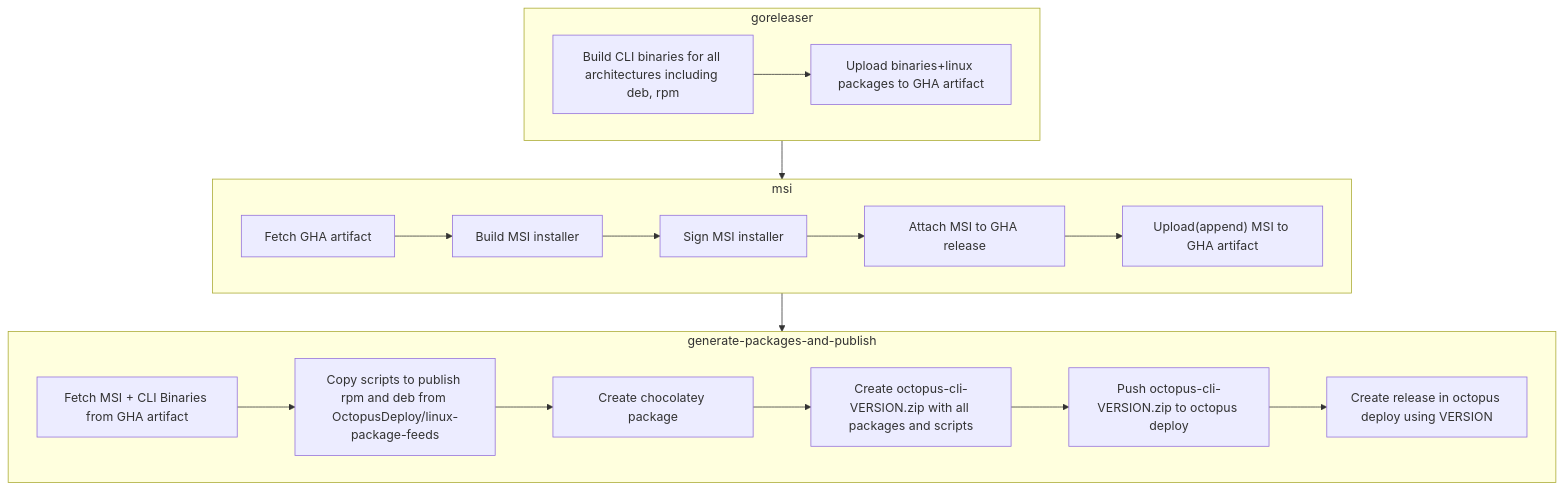
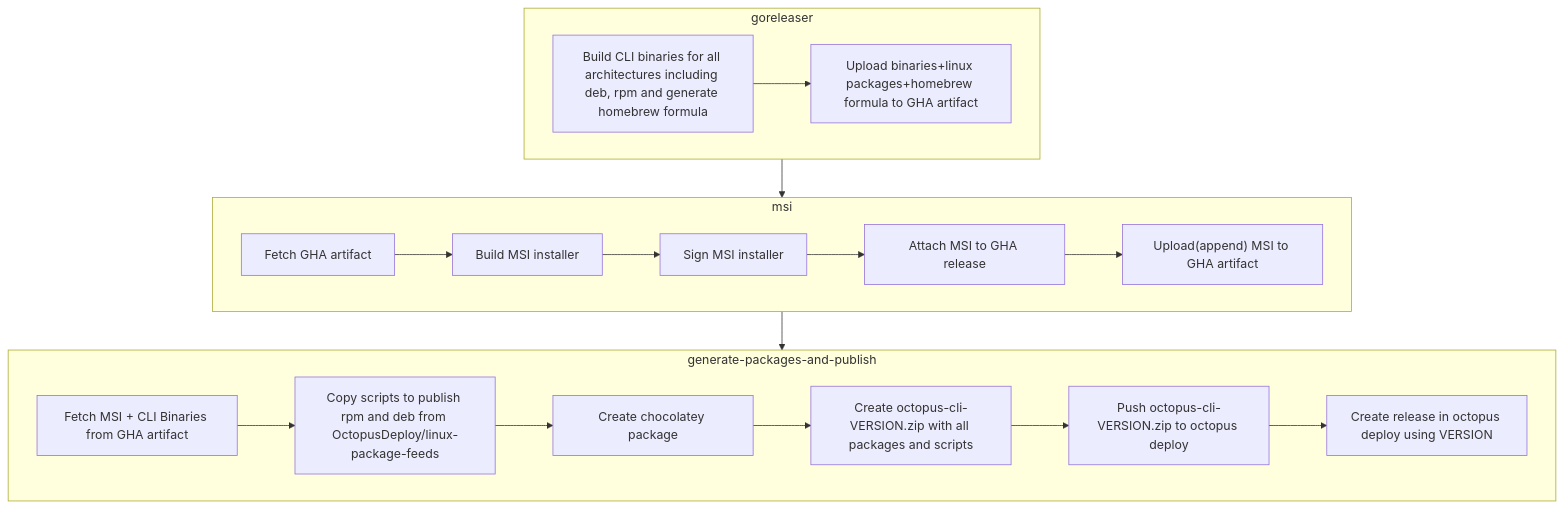
Before and after one commit to OctopusDeploy/cli: the fourth of 5 diagrams in DISTRIBUTION.md, drawn with Mermaid.

Commit message:
chore: update distribution docs

````diff
--- a/DISTRIBUTION.md
+++ b/DISTRIBUTION.md
@@ -34,30 +34,30 @@
 ```mermaid
 flowchart TD
 goreleaser --> msi --> generate-packages-and-publish
 
 subgraph "goreleaser"
     build --> uploadToGHA
     
-    build[Build CLI binaries for all architectures including deb, rpm]
-    uploadToGHA[Upload binaries+linux packages to GHA artifact]
+    build[Build CLI binaries for all architectures including deb, rpm and generate homebrew formula]
+    uploadToGHA[Upload binaries+linux packages+homebrew formula to GHA artifact]
 end
 subgraph "msi"
     fetch --> buildmsi --> signmsi --> attachMSIToRelease --> uploadMSIToGHA
 
     fetch[Fetch GHA artifact]
     buildmsi[Build MSI installer]
     signmsi[Sign MSI installer]
     attachMSIToRelease["Attach MSI to GHA release"]
     uploadMSIToGHA["Upload(append) MSI to GHA artifact"]
 end
 subgraph generate-packages-and-publish
     fetch2 --> getScripts --> choco --> zipall --> octoPush --> octoRelease
 
     fetch2[Fetch MSI + CLI Binaries from GHA artifact]
     getScripts[Copy scripts to publish rpm and deb from OctopusDeploy/linux-package-feeds]
     choco[Create chocolatey package]
     zipall[Create octopus-cli-VERSION.zip with all packages and scripts]
     octoPush[Push octopus-cli-VERSION.zip to octopus deploy]
     octoRelease[Create release in octopus deploy using VERSION]
 end
 ```
````
